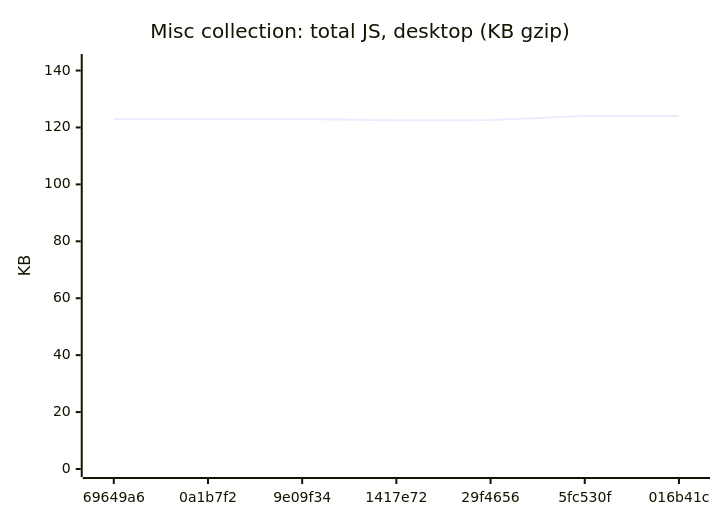
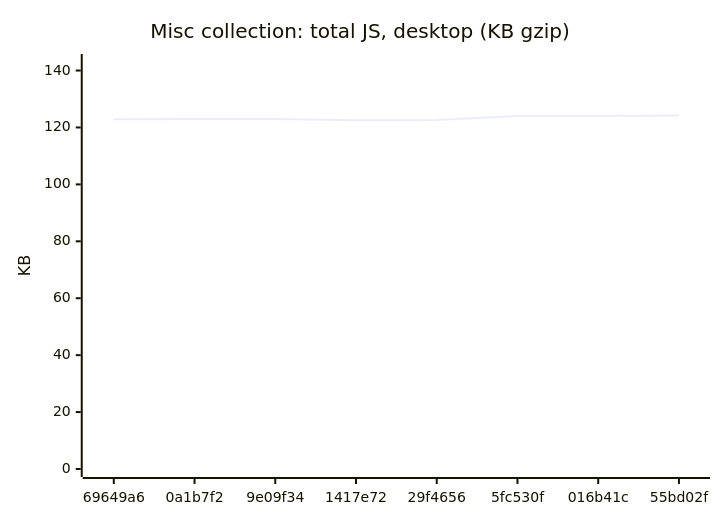
The ninth of 18 diagrams in README.md (AxelUser/maltsev.space), drawn with Mermaid before and after one commit. The commit also changed other lines of this file and 1 other file, not shown here.

````diff
--- a/README.md
+++ b/README.md
@@ -107,7 +107,7 @@
 ```mermaid
 xychart-beta
   title "Misc collection: total JS, desktop (KB gzip)"
-  x-axis ["69649a6", "0a1b7f2", "9e09f34", "1417e72", "29f4656", "5fc530f", "016b41c"]
+  x-axis ["69649a6", "0a1b7f2", "9e09f34", "1417e72", "29f4656", "5fc530f", "016b41c", "55bd02f"]
   y-axis "KB" 0 --> 143
-  line [122.9, 123, 123, 122.5, 122.6, 124, 124]
+  line [122.9, 123, 123, 122.5, 122.6, 124, 124, 124.2]
 ```
````
